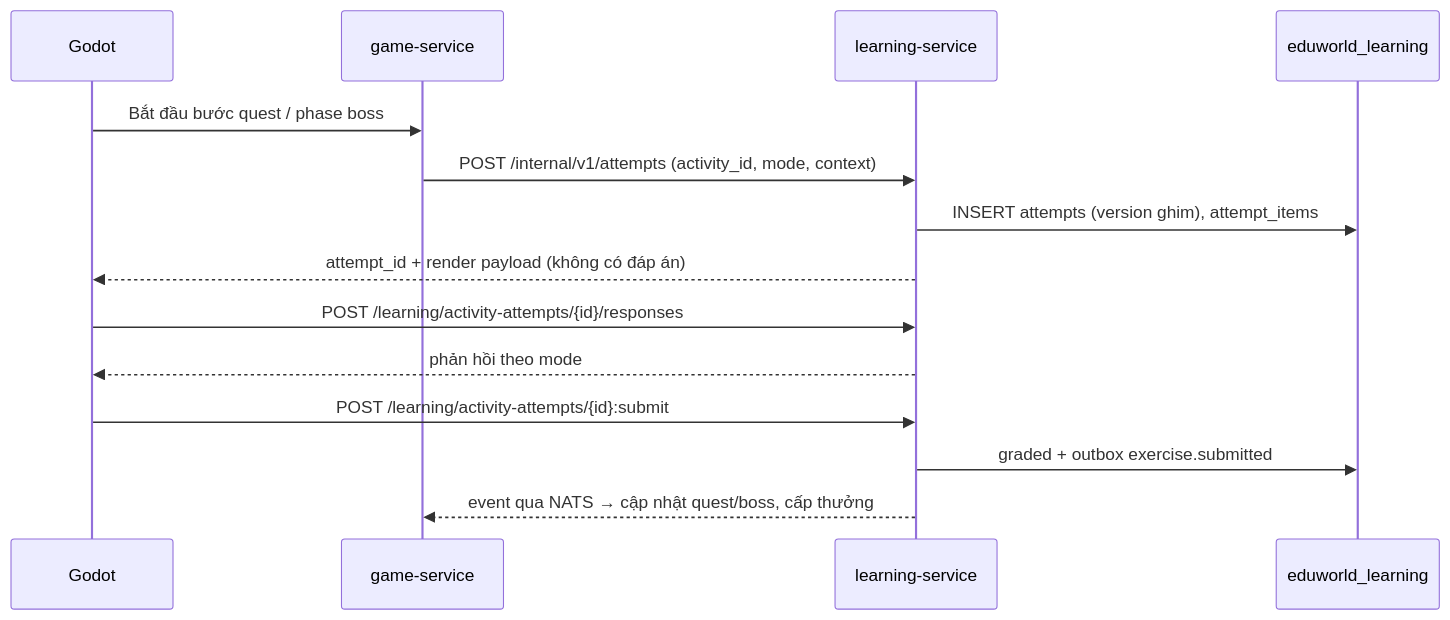
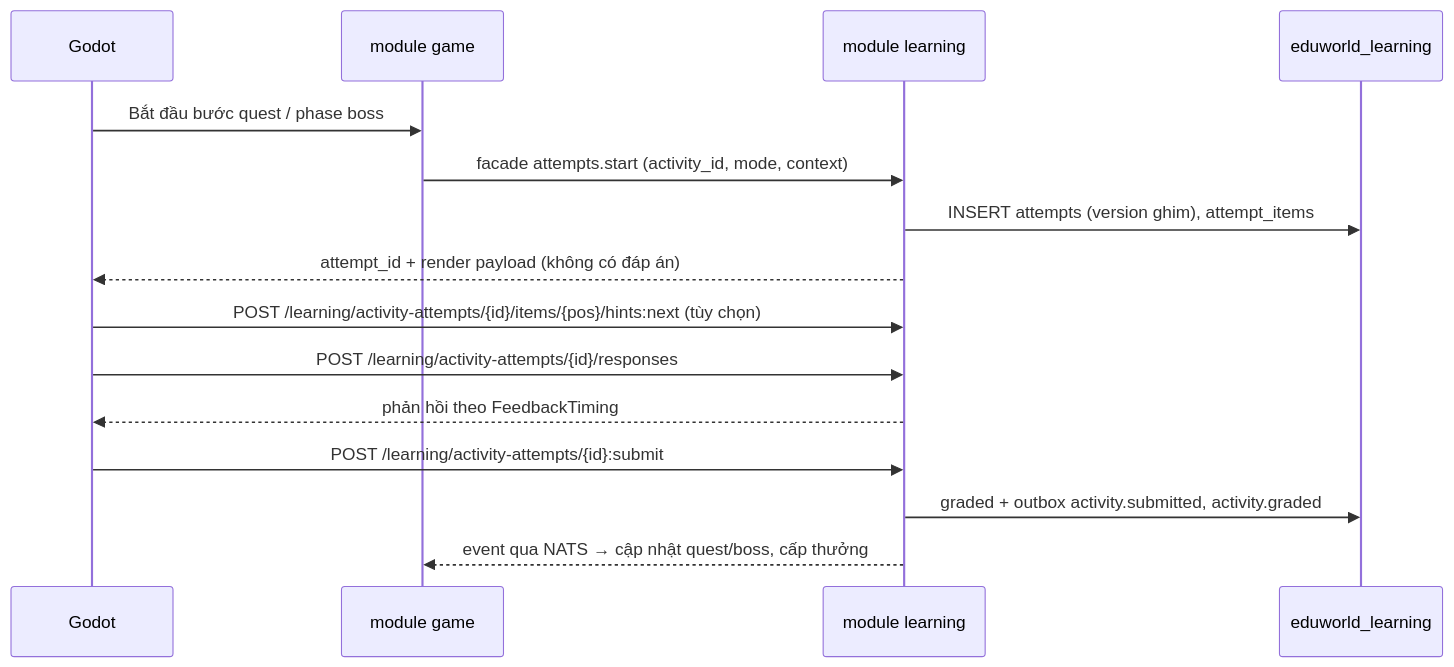
The third of 3 diagrams in docs/02-learning/ACTIVITY_ENGINE.md (tanguyen2020/eduworld-platform), drawn with Mermaid before and after one commit. The commit also changed other lines of this file and 922 other files, not shown here.

````diff
--- a/docs/02-learning/ACTIVITY_ENGINE.md
+++ b/docs/02-learning/ACTIVITY_ENGINE.md
@@ -280,16 +308,17 @@
 ```mermaid
 sequenceDiagram
   participant G as Godot
-  participant GS as game-service
-  participant LS as learning-service
+  participant GS as module game
+  participant LS as module learning
   participant DB as eduworld_learning
   G->>GS: Bắt đầu bước quest / phase boss
-  GS->>LS: POST /internal/v1/attempts (activity_id, mode, context)
+  GS->>LS: facade attempts.start (activity_id, mode, context)
   LS->>DB: INSERT attempts (version ghim), attempt_items
   LS-->>G: attempt_id + render payload (không có đáp án)
+  G->>LS: POST /learning/activity-attempts/{id}/items/{pos}/hints:next (tùy chọn)
   G->>LS: POST /learning/activity-attempts/{id}/responses
-  LS-->>G: phản hồi theo mode
+  LS-->>G: phản hồi theo FeedbackTiming
   G->>LS: POST /learning/activity-attempts/{id}:submit
-  LS->>DB: graded + outbox exercise.submitted
+  LS->>DB: graded + outbox activity.submitted, activity.graded
   LS-->>GS: event qua NATS → cập nhật quest/boss, cấp thưởng
 ```
````
